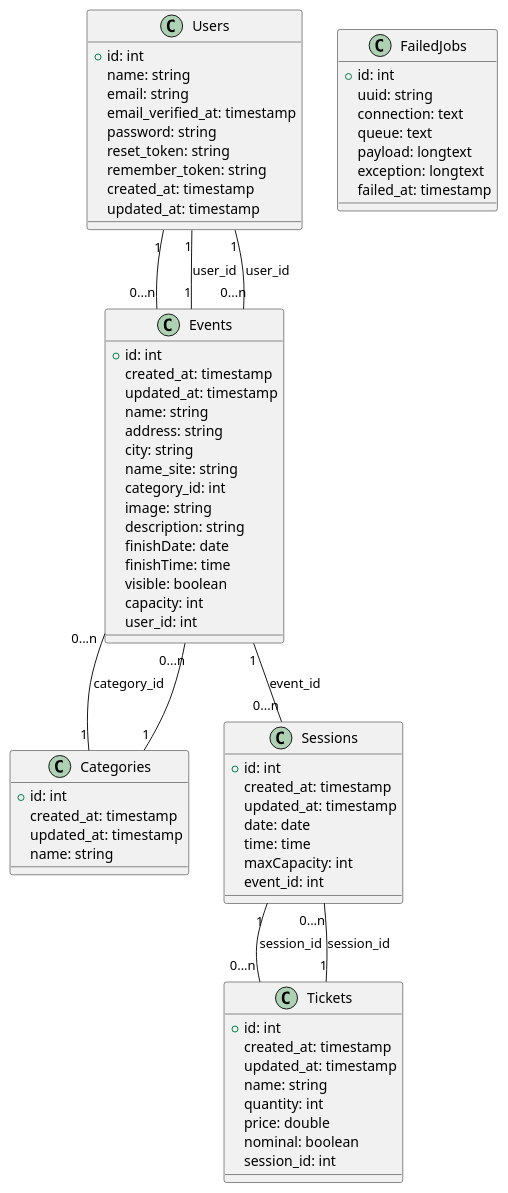
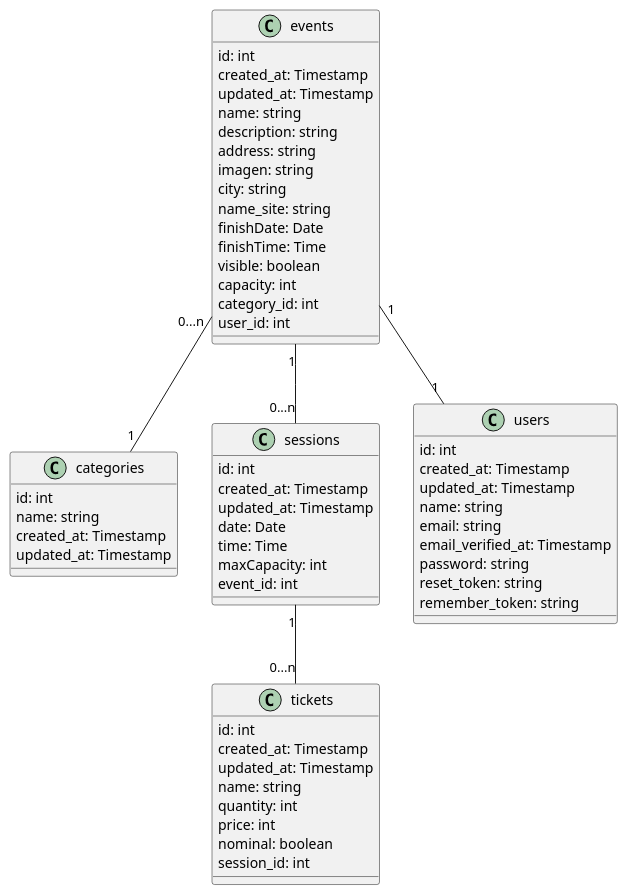
One commit to andresrojasalzate/TicketPlanet changed the diagram in docs/Memoria.adoc. Above: the diagram before and after it, drawn with PlantUML. The commit also changed 2 other files, not shown here.

Commit message:
Actualizada memoria base de datos

```diff
--- a/docs/Memoria.adoc
+++ b/docs/Memoria.adoc
@@ -100,79 +100,67 @@
 [plantuml,,png]
 ----
-class Users {
-  +id: int
-  name: string
-  email: string
-  email_verified_at: timestamp
-  password: string
-  reset_token: string
-  remember_token: string
-  created_at: timestamp
-  updated_at: timestamp
+
+class events{
+id: int 
+created_at: Timestamp
+updated_at: Timestamp
+name: string
+description: string
+address: string
+imagen: string   
+city: string
+name_site: string  
+finishDate: Date
+finishTime: Time
+visible: boolean
+capacity: int
+category_id: int
+user_id: int     
 }
 
-class FailedJobs {
-  +id: int
-  uuid: string
-  connection: text
-  queue: text
-  payload: longtext
-  exception: longtext
-  failed_at: timestamp
+class categories{
+id: int                      
+name: string
+created_at: Timestamp
+updated_at: Timestamp
 }
 
-class Categories {
-  +id: int
-  created_at: timestamp
-  updated_at: timestamp
-  name: string
+class sessions{
+id: int  
+created_at: Timestamp
+updated_at: Timestamp
+date: Date
+time: Time
+maxCapacity: int
+event_id: int
 }
 
-class Events {
-  +id: int
-  created_at: timestamp
-  updated_at: timestamp
-  name: string
-  address: string
-  city: string
-  name_site: string
-  category_id: int
-  image: string
-  description: string
-  finishDate: date
-  finishTime: time
-  visible: boolean
-  capacity: int
-  user_id: int
-}
+class tickets{
+id: int      
+created_at: Timestamp
+updated_at: Timestamp
+name: string
+quantity: int
+price: int
+nominal: boolean
+session_id: int
+}   
 
-class Sessions {
-  +id: int
-  created_at: timestamp
-  updated_at: timestamp
-  date: date
-  time: time
-  maxCapacity: int
-  event_id: int
-}
+class users{
+id: int      
+created_at: Timestamp
+updated_at: Timestamp
+name: string
+email: string
+email_verified_at: Timestamp
+password: string
+reset_token: string
+remember_token: string
+} 
 
-class Tickets {
-  +id: int
-  created_at: timestamp
-  updated_at: timestamp
-  name: string
-  quantity: int
-  price: double
-  nominal: boolean
-  session_id: int
-}
 
-Users "1" -- "0...n" Events
-Events "1" -- "0...n" Sessions : event_id
-Categories "1" -- "0...n" Events
-Events "1" -- "1" Users : user_id
-Sessions "1" -- "0...n" Tickets : session_id
-Events "0...n" -- "1" Categories : category_id
-Events "0...n" -- "1" Users : user_id
-Tickets "1" -- "0...n" Sessions : session_id
+events "0...n" -- "1" categories 
+events "1" -- "1" users 
+events "1" -- "0...n" sessions
+sessions "1" -- "0...n" tickets 
 ----
```
